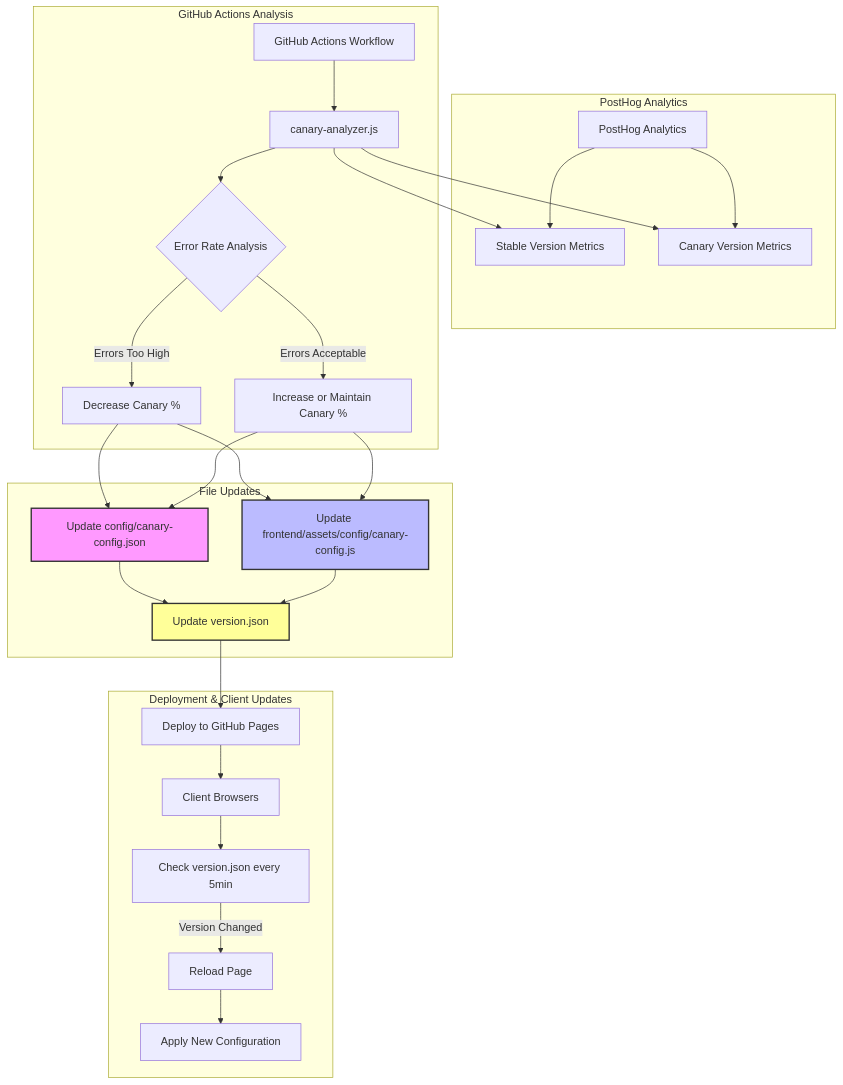
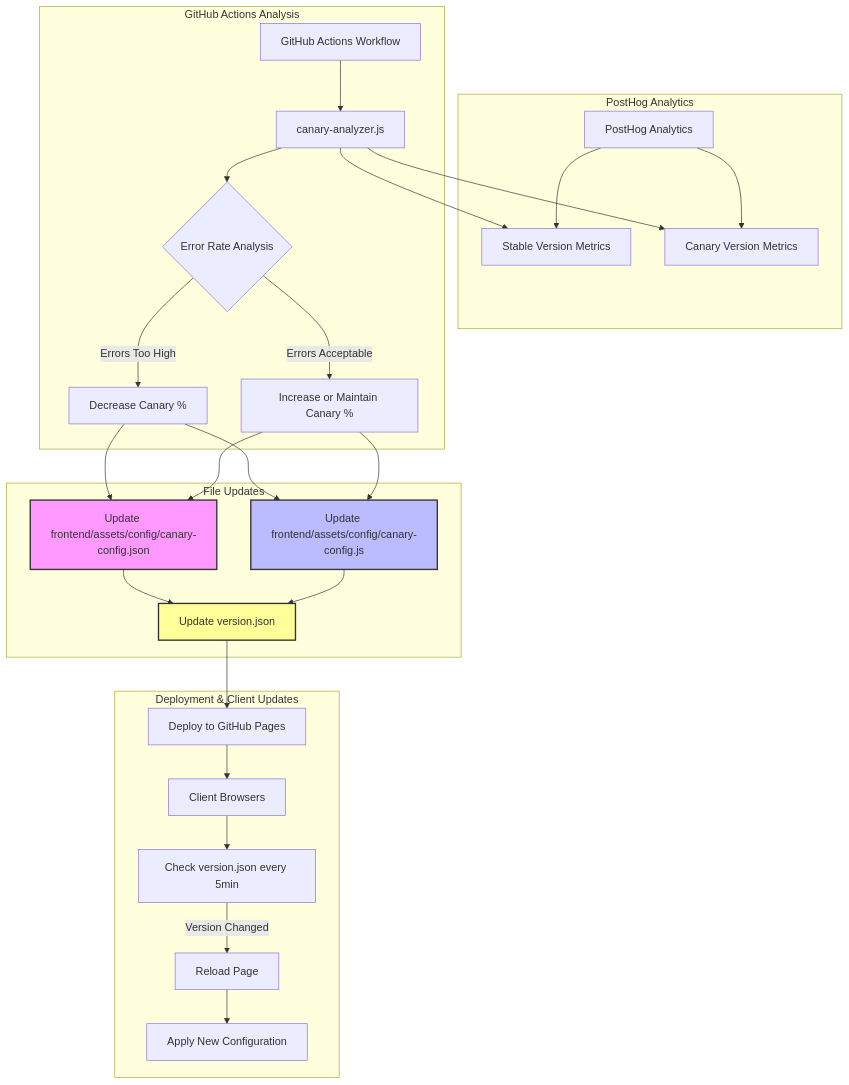
The first of 2 diagrams in docs/ANALYTICS.md (lloydchang/client-side-canary-deployment), drawn with Mermaid before and after one commit. The commit also changed other lines of this file and 3 other files, not shown here.

````diff
--- a/docs/ANALYTICS.md
+++ b/docs/ANALYTICS.md
@@ -25,44 +25,44 @@
 ```mermaid
 graph TD
     subgraph "PostHog Analytics"
         PH[PostHog Analytics]
         Stable[Stable Version Metrics]
         Canary[Canary Version Metrics]
         PH --> Stable
         PH --> Canary
     end
     
     subgraph "GitHub Actions Analysis"
         GA[GitHub Actions Workflow]
         Analysis[canary-analyzer.js]
         Decision{Error Rate Analysis}
         
         GA --> Analysis
         Analysis --> Stable
         Analysis --> Canary
         Analysis --> Decision
         Decision -->|Errors Too High| Decrease[Decrease Canary %]
         Decision -->|Errors Acceptable| Increase[Increase or Maintain Canary %]
     end
     
     subgraph "File Updates"
-        Decrease --> JSON[Update config/canary-config.json]
+        Decrease --> JSON[Update frontend/assets/config/canary-config.json]
         Decrease --> JS[Update frontend/assets/config/canary-config.js]
         Increase --> JSON
         Increase --> JS
         JSON --> Version[Update version.json]
         JS --> Version
     end
     
     subgraph "Deployment & Client Updates"
         Version --> Deploy[Deploy to GitHub Pages]
         Deploy --> Clients[Client Browsers]
         Clients --> Check[Check version.json every 5min]
         Check -->|Version Changed| Reload[Reload Page]
         Reload --> NewConfig[Apply New Configuration]
     end
     
     style JSON fill:#f9f,stroke:#333,stroke-width:2px
     style JS fill:#bbf,stroke:#333,stroke-width:2px
     style Version fill:#ff9,stroke:#333,stroke-width:2px
 ```
````
